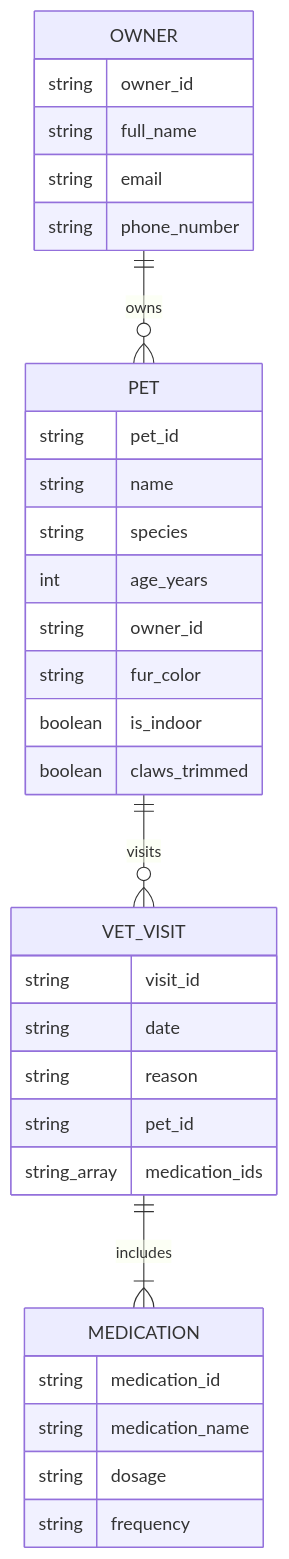
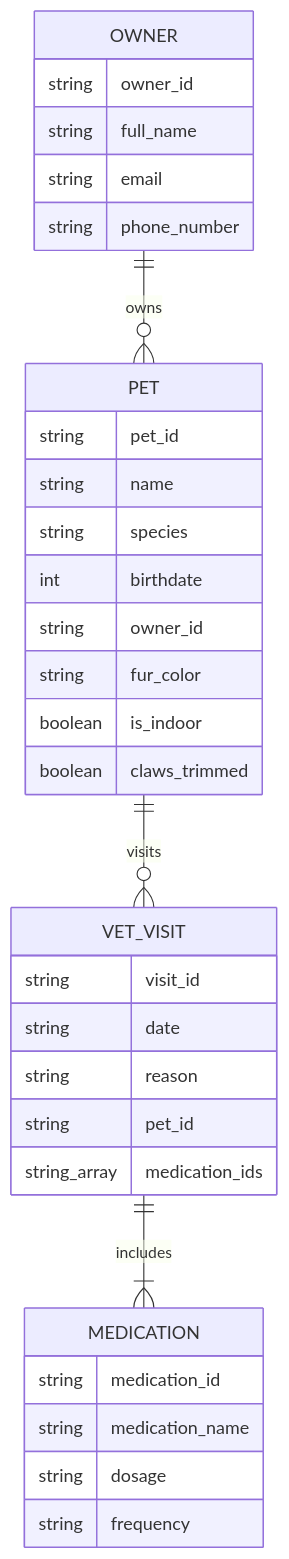
One commit to Tammym3s2/Registro-m-dico- changed the diagram in docs/schema.md. Above: the diagram before and after it, drawn with Mermaid.

````diff
--- a/docs/schema.md
+++ b/docs/schema.md
@@ -1,39 +1,39 @@
 ```mermaid
 erDiagram
     OWNER ||--o{ PET : owns
     PET ||--o{ VET_VISIT : visits
     VET_VISIT ||--|{ MEDICATION : includes
 
     OWNER {
         string owner_id
         string full_name
         string email
         string phone_number
     }
 
     PET {
         string pet_id
         string name
         string species
-        int age_years
+        int birthdate
         string owner_id
         string fur_color
         boolean is_indoor
         boolean claws_trimmed
     }
 
     VET_VISIT {
         string visit_id
         string date
         string reason
         string pet_id
         string_array medication_ids
     }
 
     MEDICATION {
         string medication_id
         string medication_name
         string dosage
         string frequency
     }
 ```
````
